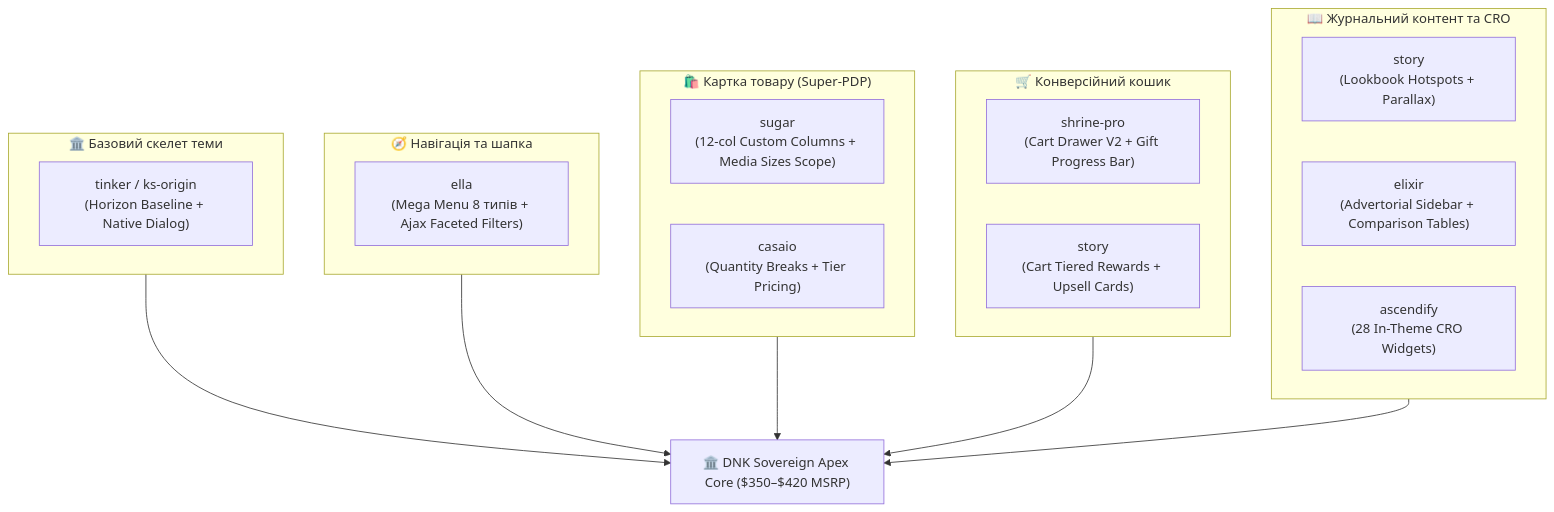
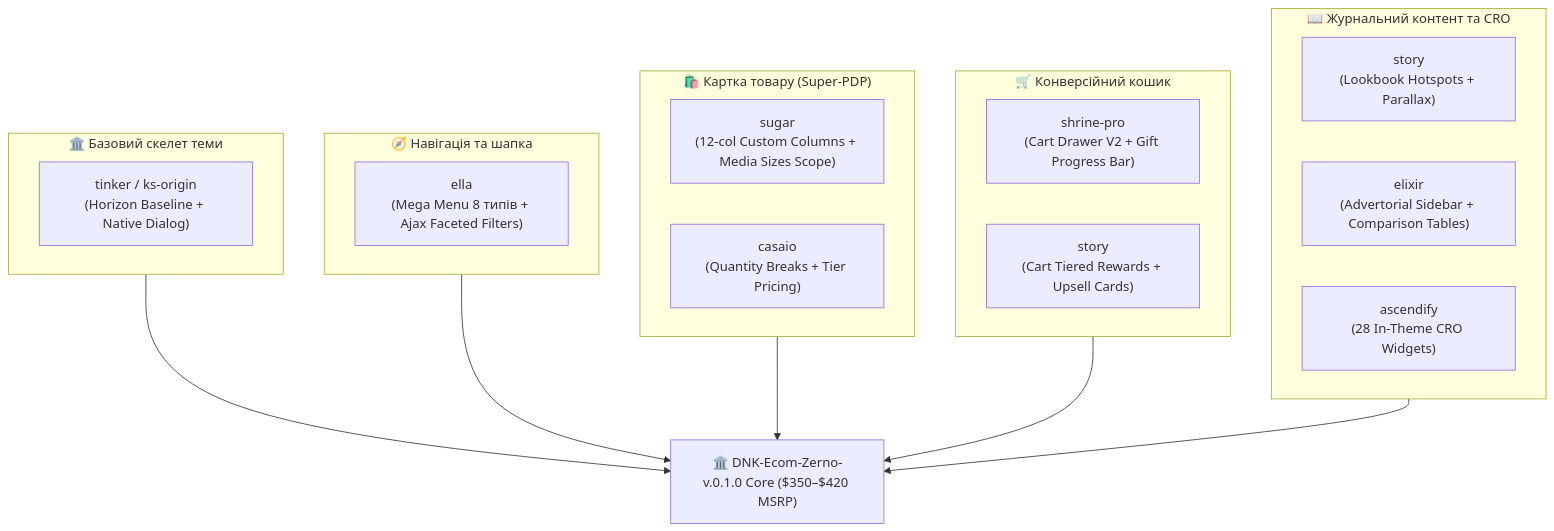
The first of 2 diagrams in docs/projects/dnk_ecom/theme_dev_workflow/09_CANONICAL_DONOR_MAP_AND_GRAFTING_ALGORITHM.md (dnk-ecom/DNK-OS), drawn with Mermaid before and after one commit. The commit also changed other lines of this file and 1533 other files, not shown here.

````diff
--- a/docs/projects/dnk_ecom/theme_dev_workflow/09_CANONICAL_DONOR_MAP_AND_GRAFTING_ALGORITHM.md
+++ b/docs/projects/dnk_ecom/theme_dev_workflow/09_CANONICAL_DONOR_MAP_AND_GRAFTING_ALGORITHM.md
@@ -64,32 +78,32 @@
 ```mermaid
 flowchart TD
     subgraph Core ["🏛️ Базовий скелет теми"]
         Tinker["tinker / ks-origin<br>(Horizon Baseline + Native Dialog)"]
     end
 
     subgraph Navigation ["🧭 Навігація та шапка"]
         EllaNav["ella<br>(Mega Menu 8 типів + Ajax Faceted Filters)"]
     end
 
     subgraph PDP ["🛍️ Картка товару (Super-PDP)"]
         SugarPDP["sugar<br>(12-col Custom Columns + Media Sizes Scope)"]
         CasaioQB["casaio<br>(Quantity Breaks + Tier Pricing)"]
     end
 
     subgraph Cart ["🛒 Конверсійний кошик"]
         ShrineCart["shrine-pro<br>(Cart Drawer V2 + Gift Progress Bar)"]
         StoryRewards["story<br>(Cart Tiered Rewards + Upsell Cards)"]
     end
 
     subgraph Editorial ["📖 Журнальний контент та CRO"]
         StoryEd["story<br>(Lookbook Hotspots + Parallax)"]
         ElixirAdv["elixir<br>(Advertorial Sidebar + Comparison Tables)"]
         AscendifyApps["ascendify<br>(28 In-Theme CRO Widgets)"]
     end
 
-    Core --> Apex["🏛️ DNK Sovereign Apex Core ($350–$420 MSRP)"]
+    Core --> Apex["🏛️ DNK-Ecom-Zerno-v.0.1.0 Core ($350–$420 MSRP)"]
     Navigation --> Apex
     PDP --> Apex
     Cart --> Apex
     Editorial --> Apex
 ```
````
